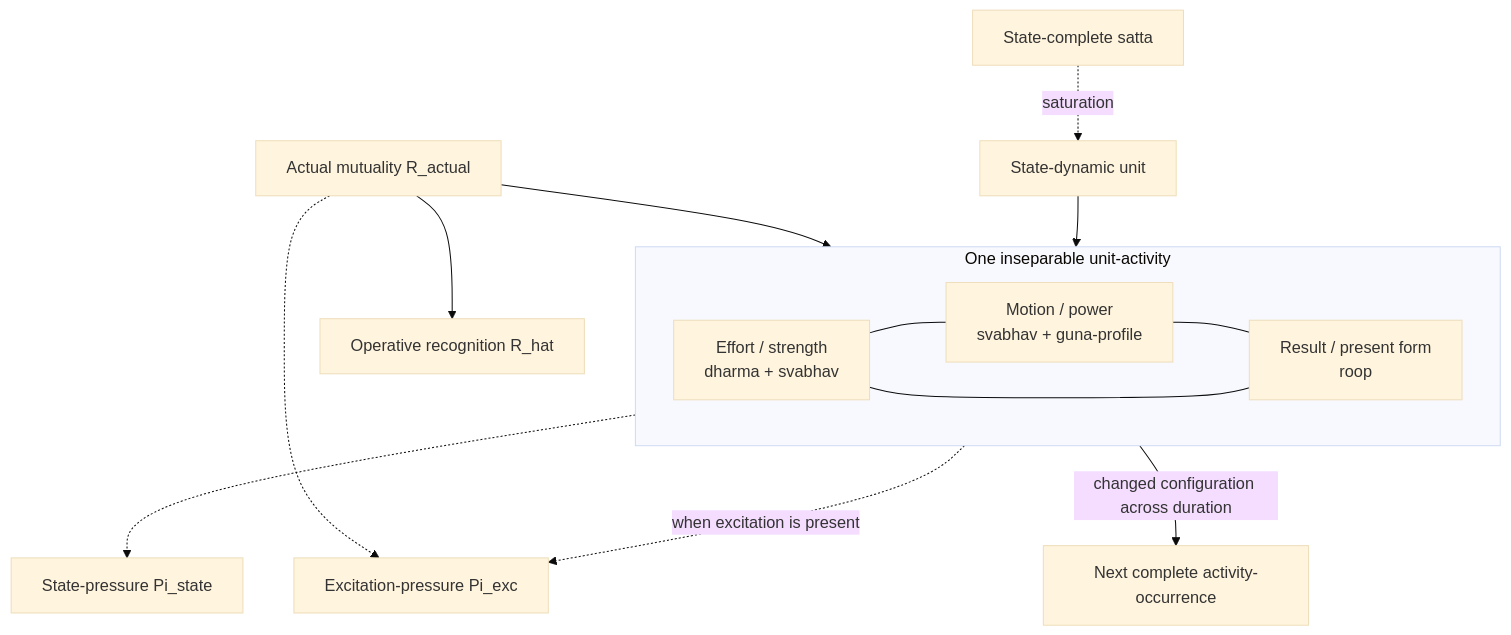
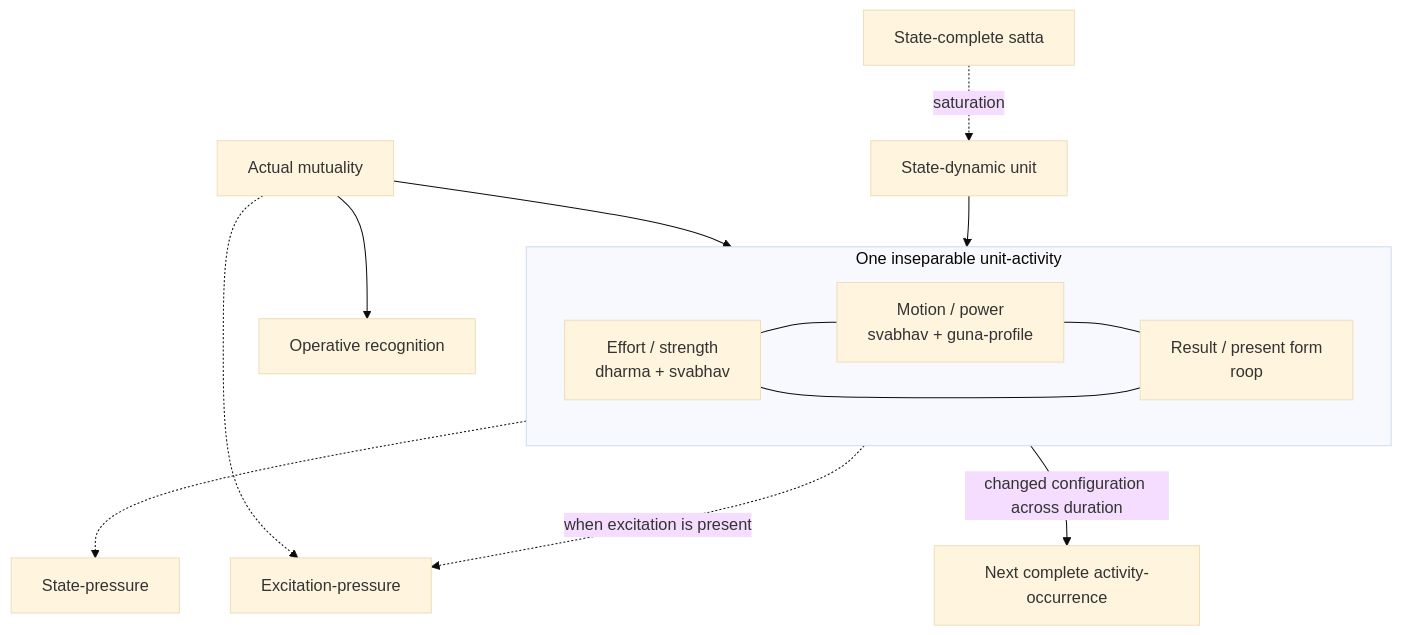
The second of 7 diagrams in Studies/A-State-Dynamic-Model-Of-Coexistence/A-State-Dynamic-Model-Of-Coexistence.md (raghavamohan/AnalyticMadhyasthDarshan), drawn with Mermaid (base theme) before and after one commit. The commit also changed other lines of this file and 8 other files, not shown here.

````diff
--- a/Studies/A-State-Dynamic-Model-Of-Coexistence/A-State-Dynamic-Model-Of-Coexistence.md
+++ b/Studies/A-State-Dynamic-Model-Of-Coexistence/A-State-Dynamic-Model-Of-Coexistence.md
@@ -166,20 +166,20 @@
 ```mermaid
 flowchart TB
     SATTA["State-complete satta"] -.->|"saturation"| UNIT["State-dynamic unit"]
     subgraph ACT["One inseparable unit-activity"]
       direction LR
       EFFORT["Effort / strength<br/>dharma + svabhav"]
       MOTION["Motion / power<br/>svabhav + guna-profile"]
       RESULT["Result / present form<br/>roop"]
       EFFORT --- MOTION
       MOTION --- RESULT
       RESULT --- EFFORT
     end
     UNIT --> ACT
-    ACTUAL["Actual mutuality R_actual"] --> MOTION
-    ACTUAL --> RECOG["Operative recognition R_hat"]
-    EFFORT -.-> PSTATE["State-pressure Pi_state"]
-    MOTION -.->|"when excitation is present"| PEXC["Excitation-pressure Pi_exc"]
+    ACTUAL["Actual mutuality"] --> MOTION
+    ACTUAL --> RECOG["Operative recognition"]
+    EFFORT -.-> PSTATE["State-pressure"]
+    MOTION -.->|"when excitation is present"| PEXC["Excitation-pressure"]
     ACTUAL -.-> PEXC
     RESULT -->|"changed configuration across duration"| NEXT["Next complete activity-occurrence"]
 ```
````
